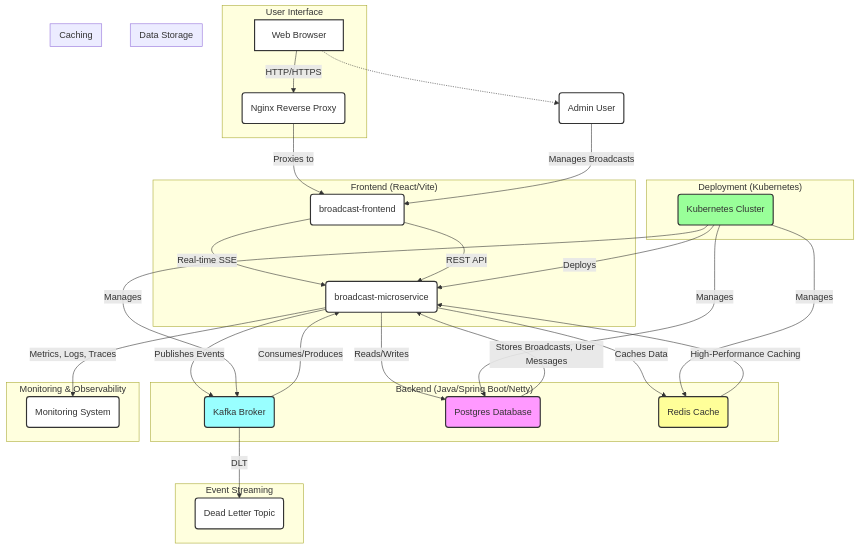
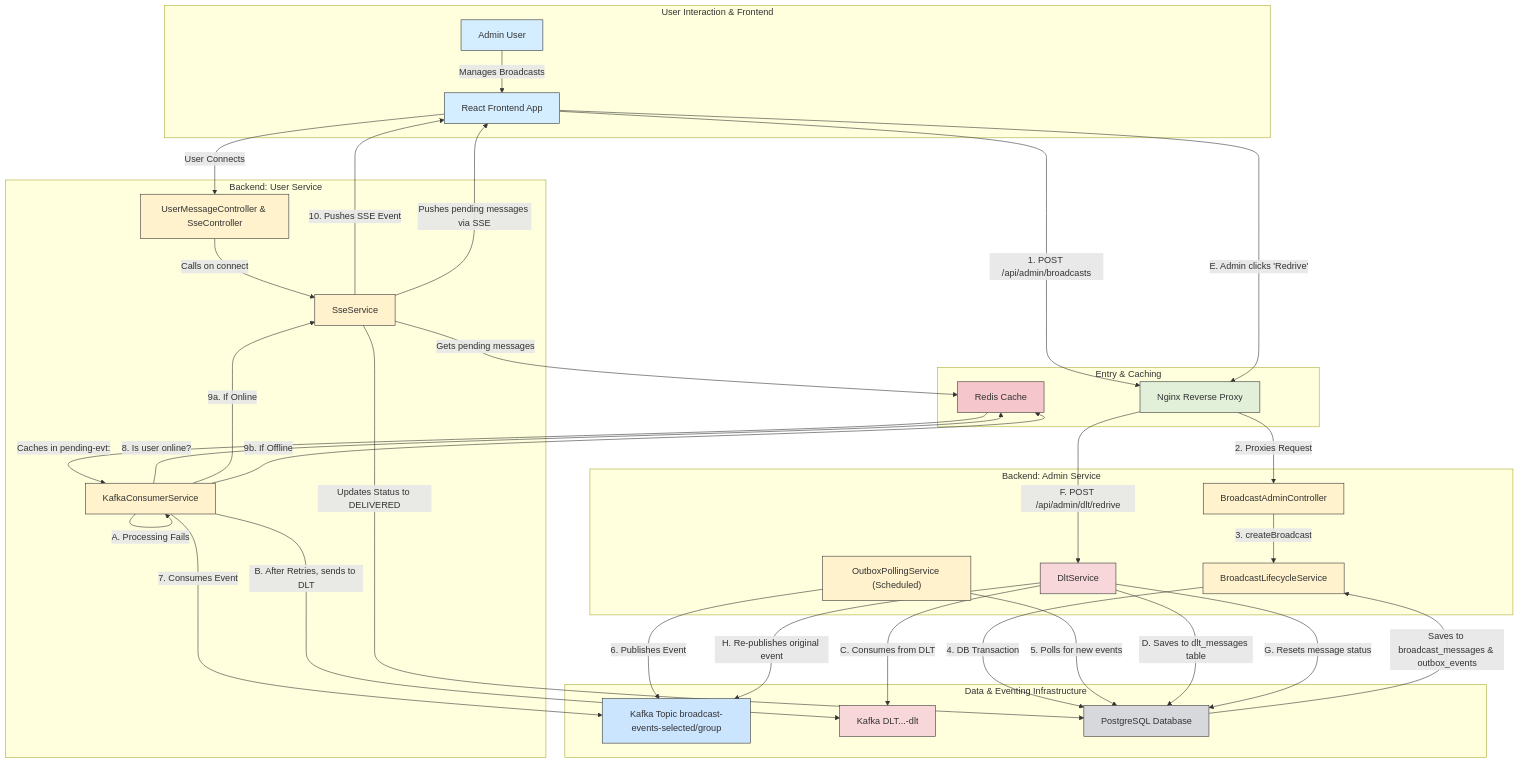
The diagram in broadcast-microservice/README.md (rsrini7/Notification-SSE-GLM-Flux), drawn with Mermaid before and after one commit. The commit also changed other lines of this file, not shown here.

Commit message:
feat(docs): update README to include Shedlock table and clarify database connection details

````diff
--- a/broadcast-microservice/README.md
+++ b/broadcast-microservice/README.md
@@ -150,68 +157,81 @@
 ```mermaid
 graph TD
-    subgraph "User Interface"
-        A[Web Browser] -- "HTTP/HTTPS" --> B(Nginx Reverse Proxy)
+    subgraph "User Interaction & Frontend"
+        AdminUser[Admin User]
+        UI[React Frontend App]
+        AdminUser -- Manages Broadcasts --> UI
     end
 
-    subgraph "Frontend (React/Vite)"
-        B -- "Proxies to" --> C(broadcast-frontend)
-        C -- "Real-time SSE" --> D(broadcast-microservice)
-        C -- "REST API" --> D
+    subgraph "Entry & Caching"
+        Nginx[Nginx Reverse Proxy]
+        Redis[Redis Cache]
     end
 
-    subgraph "Backend (Java/Spring Boot/Netty)"
-        D(broadcast-microservice) -- "Publishes Events" --> E(Kafka Broker)
-        D -- "Reads/Writes" --> F(Postgres Database)
-        D -- "Caches Data" --> G(Redis Cache)
+    subgraph "Backend: Admin Service"
+        AdminController[BroadcastAdminController]
+        LifecycleService[BroadcastLifecycleService]
+        DltService[DltService]
+        OutboxPoller["OutboxPollingService (Scheduled)"]
     end
 
-    subgraph "Event Streaming"
-        E -- "Consumes/Produces" --> D
-        E -- "DLT" --> H(Dead Letter Topic)
+    subgraph "Backend: User Service"
+        UserController[UserMessageController & SseController]
+        KafkaConsumer[KafkaConsumerService]
+        SseService[SseService]
     end
 
-    subgraph "Data Storage"
-        F -- "Stores Broadcasts, User Messages" --> D
+    subgraph "Data & Eventing Infrastructure"
+        KafkaTopic[Kafka Topic broadcast-events-selected/group]
+        KafkaDLT[Kafka DLT...-dlt]
+        Postgres[PostgreSQL Database]
     end
 
-    subgraph "Caching"
-        G -- "High-Performance Caching" --> D
-    end
+    %% Styles
+    style AdminUser fill:#d4edff,stroke:#333
+    style UI fill:#d4edff,stroke:#333
+    style Nginx fill:#e2f0d9,stroke:#333
+    style AdminController fill:#fff2cc,stroke:#333
+    style LifecycleService fill:#fff2cc,stroke:#333
+    style DltService fill:#f8d7da,stroke:#333
+    style OutboxPoller fill:#fff2cc,stroke:#333
+    style UserController fill:#fff2cc,stroke:#333
+    style KafkaConsumer fill:#fff2cc,stroke:#333
+    style SseService fill:#fff2cc,stroke:#333
+    style Postgres fill:#d6d8db,stroke:#333
+    style Redis fill:#f5c6cb,stroke:#333
+    style KafkaTopic fill:#cce5ff,stroke:#333
+    style KafkaDLT fill:#f8d7da,stroke:#333
 
-    subgraph "Monitoring & Observability"
-        D -- "Metrics, Logs, Traces" --> I(Monitoring System)
-    end
 
-    subgraph "Deployment (Kubernetes)"
-        J(Kubernetes Cluster) -- "Deploys" --> D
-        J -- "Manages" --> F
-        J -- "Manages" --> E
-        J -- "Manages" --> G
-    end
+    %% Happy Path: Broadcast Creation and Delivery
+    UI -- 1. POST /api/admin/broadcasts --> Nginx
+    Nginx -- 2. Proxies Request --> AdminController
+    AdminController -- 3. createBroadcast --> LifecycleService
+    LifecycleService -- "4. DB Transaction" --> Postgres
+    Postgres -- "Saves to broadcast_messages & outbox_events" --> LifecycleService
+    OutboxPoller -- 5. Polls for new events --> Postgres
+    OutboxPoller -- 6. Publishes Event --> KafkaTopic
+    KafkaConsumer -- 7. Consumes Event --> KafkaTopic
+    KafkaConsumer -- 8. Is user online? --> Redis
+    KafkaConsumer -- 9a. If Online --> SseService
+    SseService -- "10. Pushes SSE Event" --> UI
+    SseService -- "Updates Status to DELIVERED" --> Postgres
+    KafkaConsumer -- 9b. If Offline --> Redis
+    Redis -- "Caches in pending-evt:<userId>" --> KafkaConsumer
+    
+    %% User Reconnection Path
+    UI -- "User Connects" --> UserController
+    UserController -- "Calls on connect" --> SseService
+    SseService -- "Gets pending messages" --> Redis
+    SseService -- "Pushes pending messages via SSE" --> UI
 
-    A -.-> K(Admin User)
-    K -- "Manages Broadcasts" --> C
-
-    classDef default fill:#fff,stroke:#333,stroke-width:2px;
-    classDef database fill:#f9f,stroke:#333,stroke-width:2px;
-    classDef cache fill:#ff9,stroke:#333,stroke-width:2px;
-    classDef eventstream fill:#9ff,stroke:#333,stroke-width:2px;
-    classDef deployment fill:#9f9,stroke:#333,stroke-width:2px;
-
-    class F database;
-    class G cache;
-    class E eventstream;
-    class J deployment;
-
-    click A "Web Browser"
-    click B "nginx.conf"
-    click C "broadcast-frontend"
-    click D "broadcast-microservice"
-    click E "Kafka Broker"
-    click F "Postgres Database"
-    click G "Redis Cache"
-    click H "Dead Letter Topic"
-    click I "Monitoring System"
-    click J "Kubernetes Cluster"
-    click K "Admin User"
+    %% DLT Path: Failure and Redrive
+    KafkaConsumer -- "A. Processing Fails" --> KafkaConsumer
+    KafkaConsumer -- "B. After Retries, sends to DLT" --> KafkaDLT
+    DltService -- "C. Consumes from DLT" --> KafkaDLT
+    DltService -- "D. Saves to dlt_messages table" --> Postgres
+    UI -- "E. Admin clicks 'Redrive'" --> Nginx
+    Nginx -- "F. POST /api/admin/dlt/redrive" --> DltService
+    DltService -- "G. Resets message status" --> Postgres
+    DltService -- "H. Re-publishes original event" --> KafkaTopic
 ```
````
